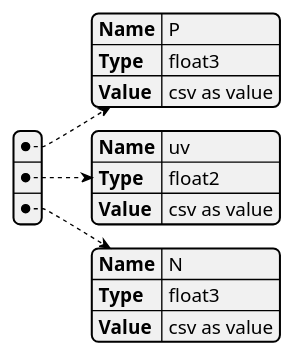
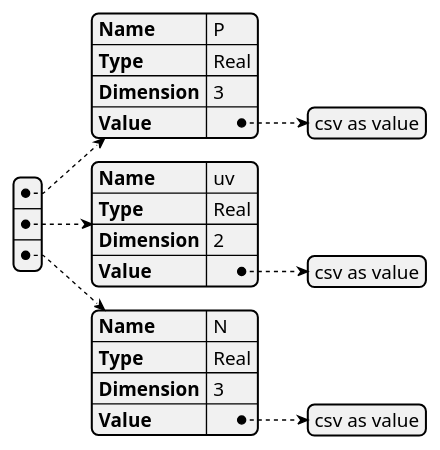
The diagram in Assets/Attri/UML/jsonExample.puml (HarukaKajita/Attri), drawn with PlantUML before and after one commit. The commit also changed 15 other files, not shown here.

```diff
--- a/Assets/Attri/UML/jsonExample.puml
+++ b/Assets/Attri/UML/jsonExample.puml
@@ -1,19 +1,22 @@
 @startjson
 [
     {
         "Name" : "P",
-        "Type" : "float3",
-        "Value" : "csv as value"
+        "Type" : "Real",
+        "Dimension" : "3",
+        "Value" : ["csv as value"]
     },
     {
         "Name" : "uv",
-        "Type" : "float2",
-        "Value" : "csv as value"
+        "Type" : "Real",
+        "Dimension" : "2",
+        "Value" : ["csv as value"]
     },
     {
         "Name" : "N",
-        "Type" : "float3",
-        "Value" : "csv as value"
+        "Type" : "Real",
+        "Dimension" : "3",
+        "Value" : ["csv as value"]
     }
 ]
 @endjson
```
